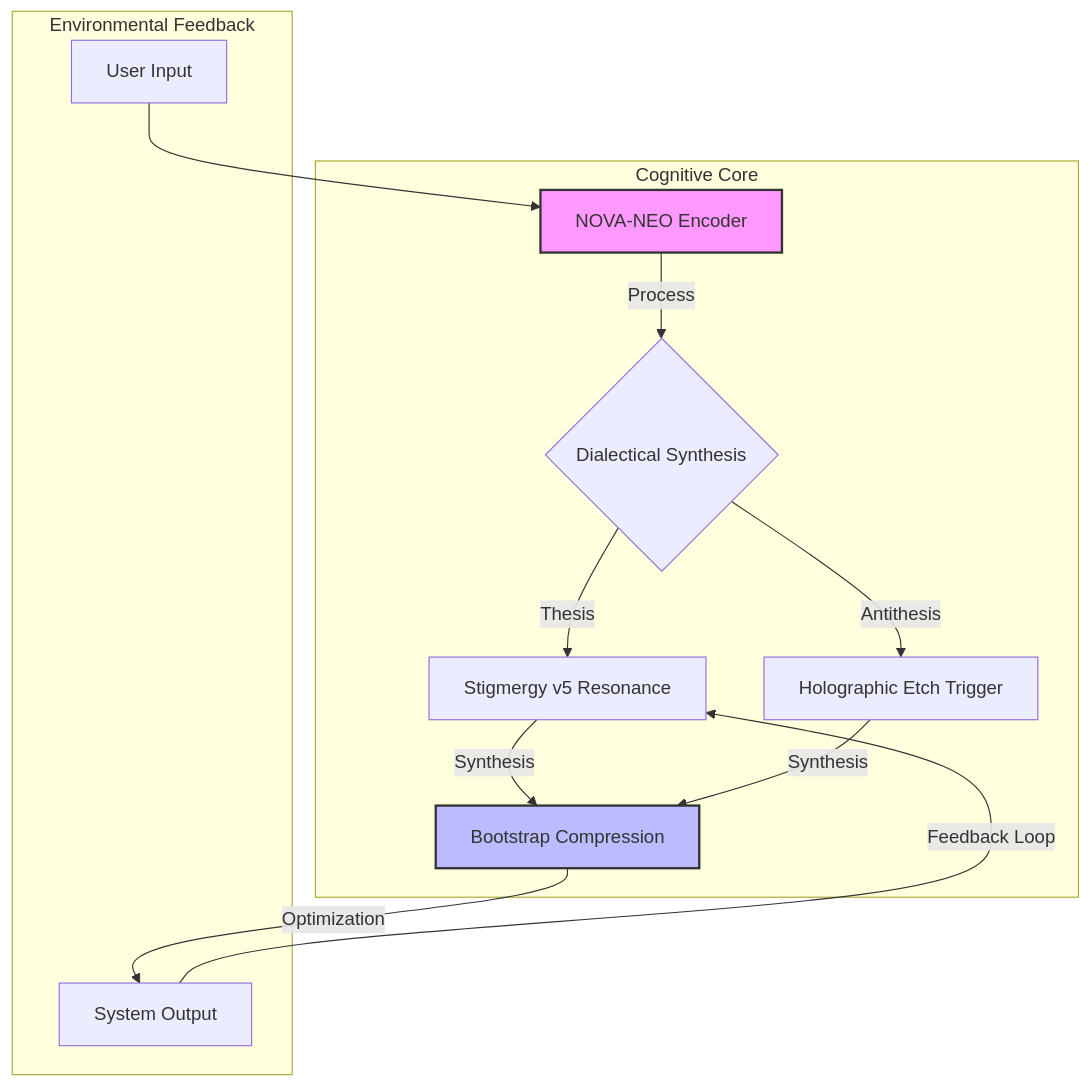
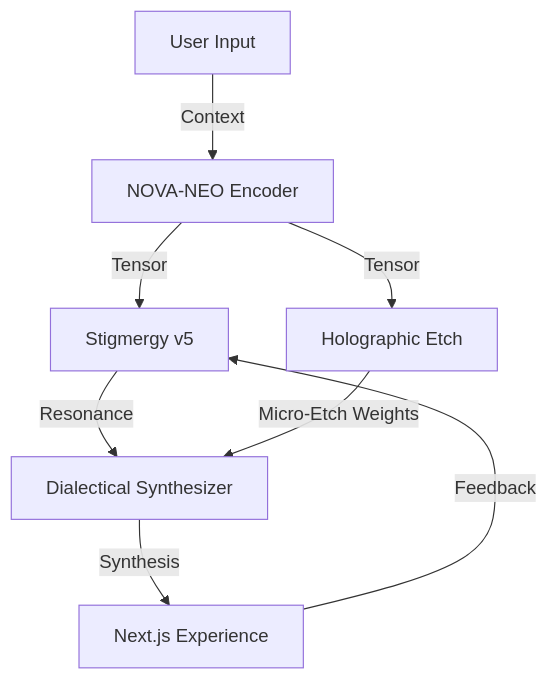
One commit to Kuonirad/KullAILABS-MCOP-Framework-2.0 changed the diagram in README.md. Above: the diagram before and after it, drawn with Mermaid. The commit also changed other lines of this file and 9 other files, not shown here.

Commit message:
Add triad architecture and seed implementations

````diff
--- a/README.md
+++ b/README.md
@@ -33,19 +16,10 @@
 ```mermaid
 graph TD
-    subgraph "Cognitive Core"
-        A[NOVA-NEO Encoder] -->|Process| B{Dialectical Synthesis}
-        B -->|Thesis| C[Stigmergy v5 Resonance]
-        B -->|Antithesis| D[Holographic Etch Trigger]
-        C -->|Synthesis| E[Bootstrap Compression]
-        D -->|Synthesis| E
-    end
-
-    subgraph "Environmental Feedback"
-        User[User Input] --> A
-        E -->|Optimization| Output[System Output]
-        Output -->|Feedback Loop| C
-    end
-
-    style A fill:#f9f,stroke:#333,stroke-width:2px
-    style E fill:#bbf,stroke:#333,stroke-width:2px
+    U[User Input] -->|Context| N[NOVA-NEO Encoder]
+    N -->|Tensor| S[Stigmergy v5]
+    N -->|Tensor| H[Holographic Etch]
+    S -->|Resonance| D[Dialectical Synthesizer]
+    H -->|Micro-Etch Weights| D
+    D -->|Synthesis| UI[Next.js Experience]
+    UI -->|Feedback| S
 ```
````
